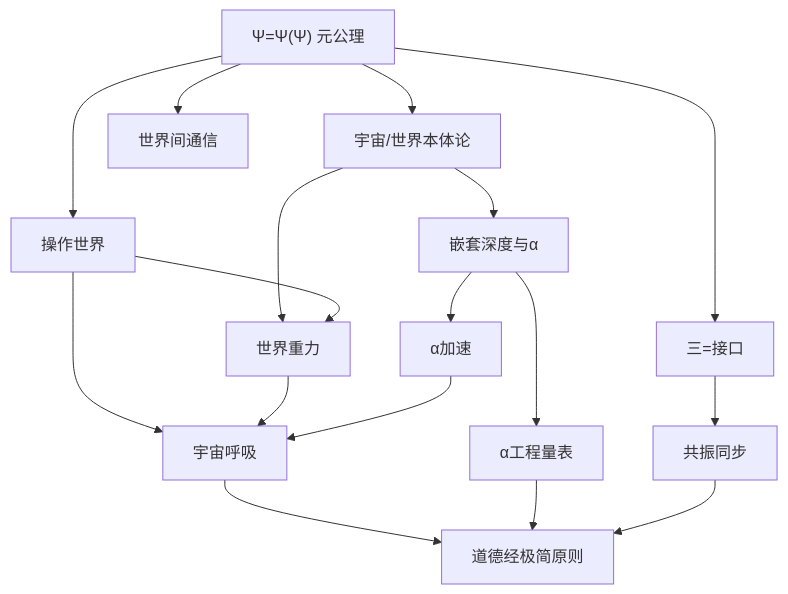
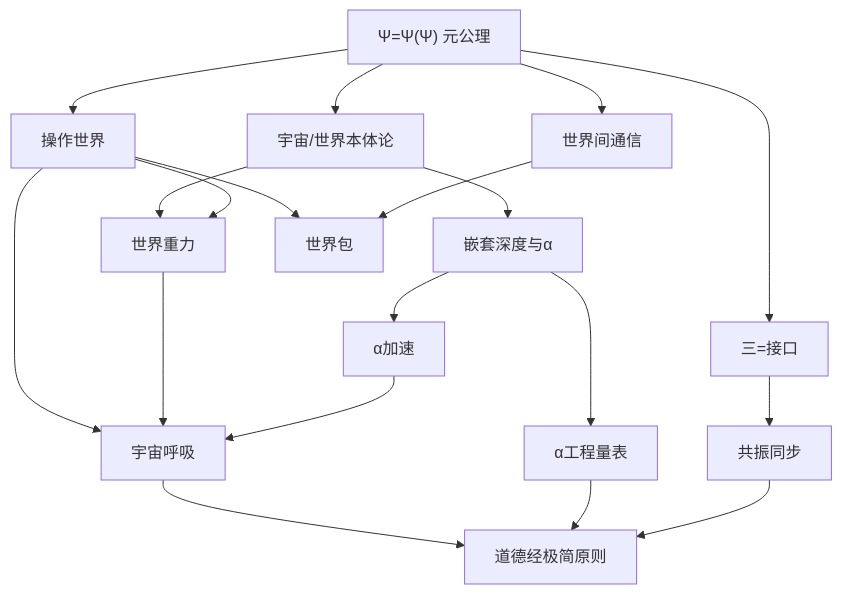
The diagram in docs/general/philosophy/index.md (xinetzone/tao), drawn with Mermaid before and after one commit. The commit also changed other lines of this file and 13 other files, not shown here.

````diff
--- a/docs/general/philosophy/index.md
+++ b/docs/general/philosophy/index.md
@@ -7,19 +7,21 @@
 ```{mermaid}
 flowchart TD
     PSI["Ψ=Ψ(Ψ) 元公理"] --> UW["宇宙/世界本体论"]
     PSI --> IWC["世界间通信"]
     UW --> NDA["嵌套深度与α"]
     PSI --> WO["操作世界"]
     UW --> WG["世界重力"]
+    WO --> WP["世界包"]
     WO --> WG
     WO --> CB
+    IWC --> WP
     NDA --> AA["α加速"]
     NDA --> AES["α工程量表"]
     WG --> CB["宇宙呼吸"]
     AA --> CB
     PSI --> TI["三=接口"]
     TI --> RS["共振同步"]
     CB --> TAO["道德经极简原则"]
     AES --> TAO
     RS --> TAO
 ```
````
